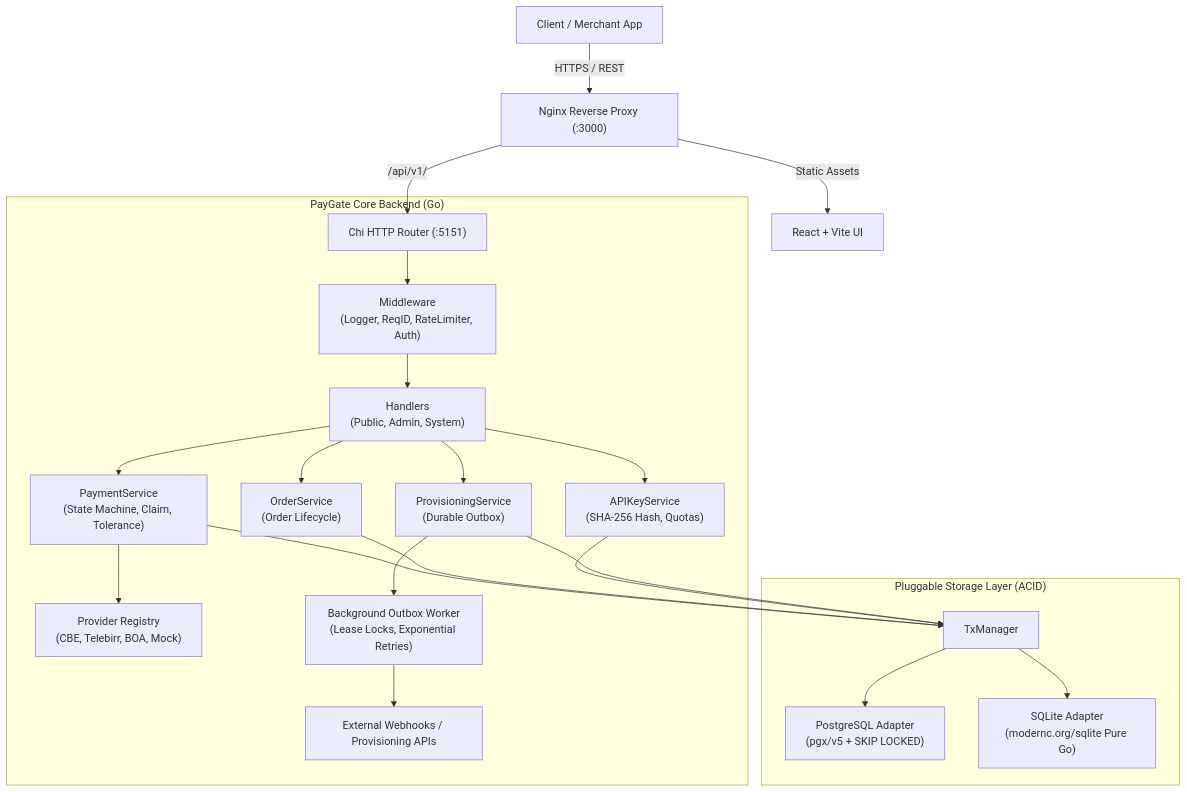
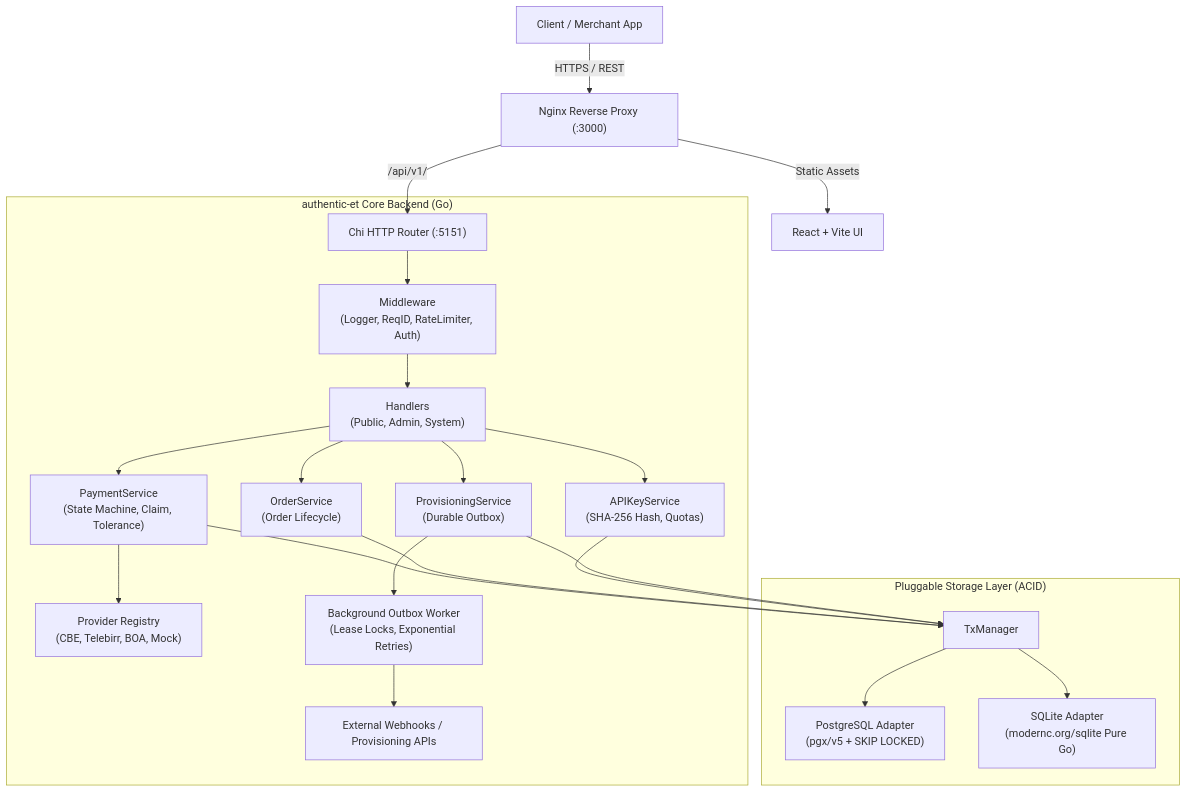
Before and after one commit to FransiTsena/authentic-et: the first of 2 diagrams in docs/ARCHITECTURE.md, drawn with Mermaid. The commit also changed other lines of this file and 76 other files, not shown here.

````diff
--- a/docs/ARCHITECTURE.md
+++ b/docs/ARCHITECTURE.md
@@ -5,25 +5,25 @@
 ```mermaid
 flowchart TD
     Client["Client / Merchant App"] -->|HTTPS / REST| Nginx["Nginx Reverse Proxy (:3000)"]
     Nginx -->|Static Assets| SPA["React + Vite UI"]
     Nginx -->|/api/v1/| API["Chi HTTP Router (:5151)"]
     
-    subgraph Core ["PayGate Core Backend (Go)"]
+    subgraph Core ["authentic-et Core Backend (Go)"]
         API --> MW["Middleware\n(Logger, ReqID, RateLimiter, Auth)"]
         MW --> H["Handlers\n(Public, Admin, System)"]
         H --> PS["PaymentService\n(State Machine, Claim, Tolerance)"]
         H --> OS["OrderService\n(Order Lifecycle)"]
         H --> KS["APIKeyService\n(SHA-256 Hash, Quotas)"]
         H --> PrS["ProvisioningService\n(Durable Outbox)"]
         
         PS --> MultiRail["Provider Registry\n(CBE, Telebirr, BOA, Mock)"]
         PrS --> Worker["Background Outbox Worker\n(Lease Locks, Exponential Retries)"]
         Worker --> Downstream["External Webhooks / Provisioning APIs"]
     end
     
     subgraph Storage ["Pluggable Storage Layer (ACID)"]
         PS & OS & KS & PrS --> TxM["TxManager"]
         TxM --> PG["PostgreSQL Adapter\n(pgx/v5 + SKIP LOCKED)"]
         TxM --> SL["SQLite Adapter\n(modernc.org/sqlite Pure Go)"]
     end
 ```
````
